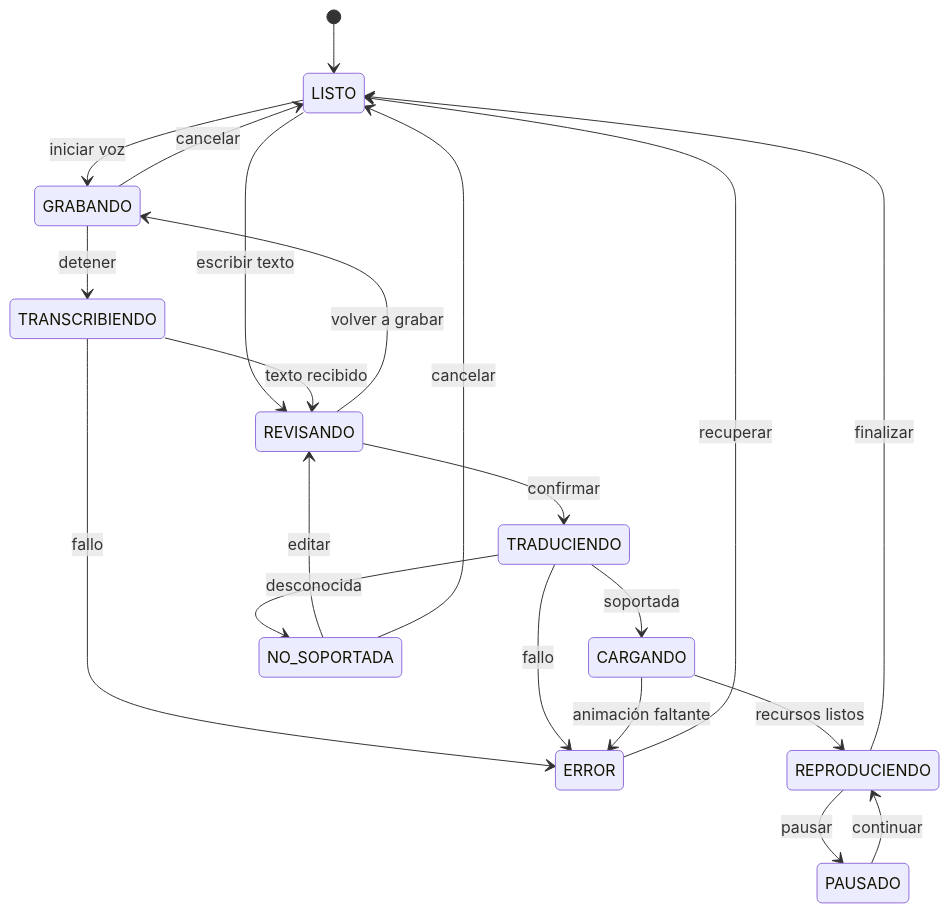
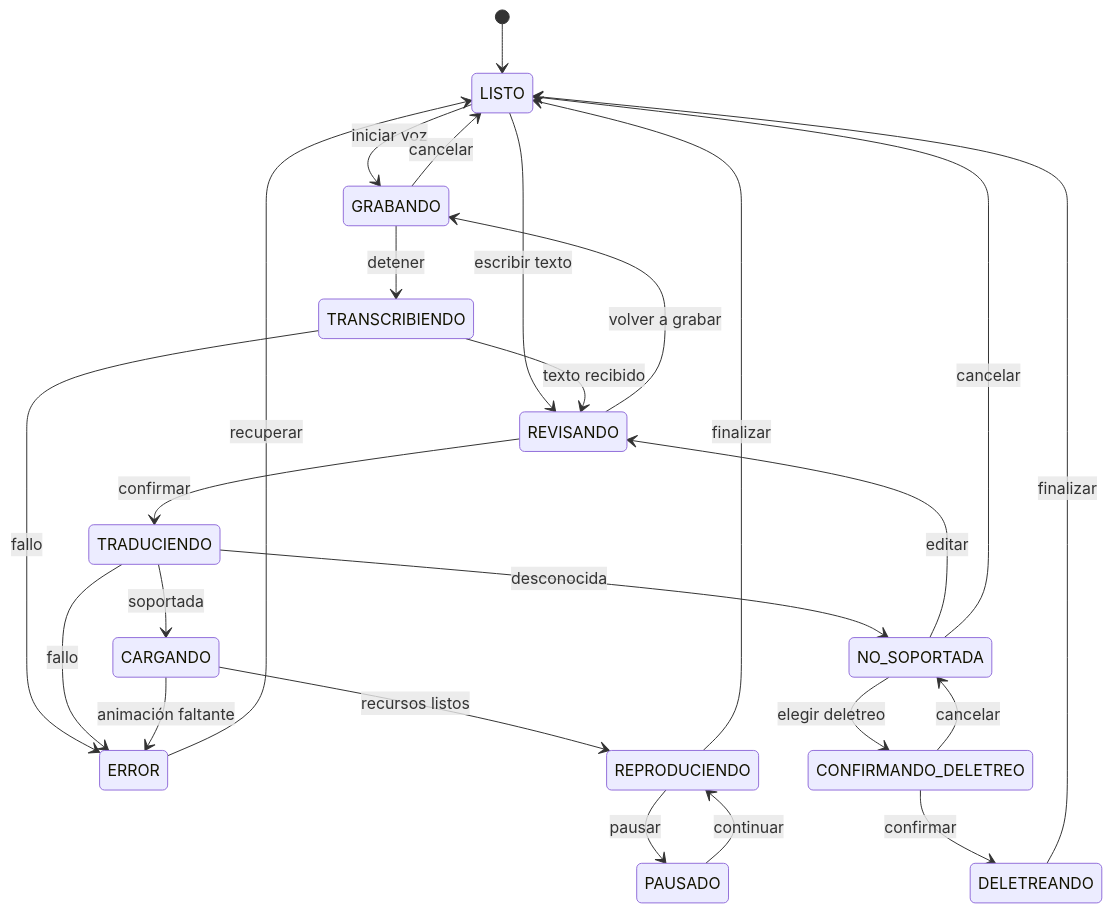
One commit to JhonatanC4STRO/NexoLSC changed the second of 3 diagrams in docs/06-arquitectura/diagramas-secuencia.md. Above: the diagram before and after it, drawn with Mermaid. The commit also changed other lines of this file and 39 other files, not shown here.

````diff
--- a/docs/06-arquitectura/diagramas-secuencia.md
+++ b/docs/06-arquitectura/diagramas-secuencia.md
@@ -41,23 +48,27 @@
 ```mermaid
 stateDiagram-v2
     [*] --> LISTO
     LISTO --> GRABANDO: iniciar voz
     LISTO --> REVISANDO: escribir texto
     GRABANDO --> TRANSCRIBIENDO: detener
     GRABANDO --> LISTO: cancelar
     TRANSCRIBIENDO --> REVISANDO: texto recibido
     TRANSCRIBIENDO --> ERROR: fallo
     REVISANDO --> TRADUCIENDO: confirmar
     REVISANDO --> GRABANDO: volver a grabar
     TRADUCIENDO --> CARGANDO: soportada
     TRADUCIENDO --> NO_SOPORTADA: desconocida
+    NO_SOPORTADA --> CONFIRMANDO_DELETREO: elegir deletreo
+    CONFIRMANDO_DELETREO --> DELETREANDO: confirmar
+    CONFIRMANDO_DELETREO --> NO_SOPORTADA: cancelar
+    DELETREANDO --> LISTO: finalizar
     TRADUCIENDO --> ERROR: fallo
     CARGANDO --> REPRODUCIENDO: recursos listos
     CARGANDO --> ERROR: animación faltante
     REPRODUCIENDO --> PAUSADO: pausar
     PAUSADO --> REPRODUCIENDO: continuar
     REPRODUCIENDO --> LISTO: finalizar
     NO_SOPORTADA --> REVISANDO: editar
     NO_SOPORTADA --> LISTO: cancelar
     ERROR --> LISTO: recuperar
 ```
````
